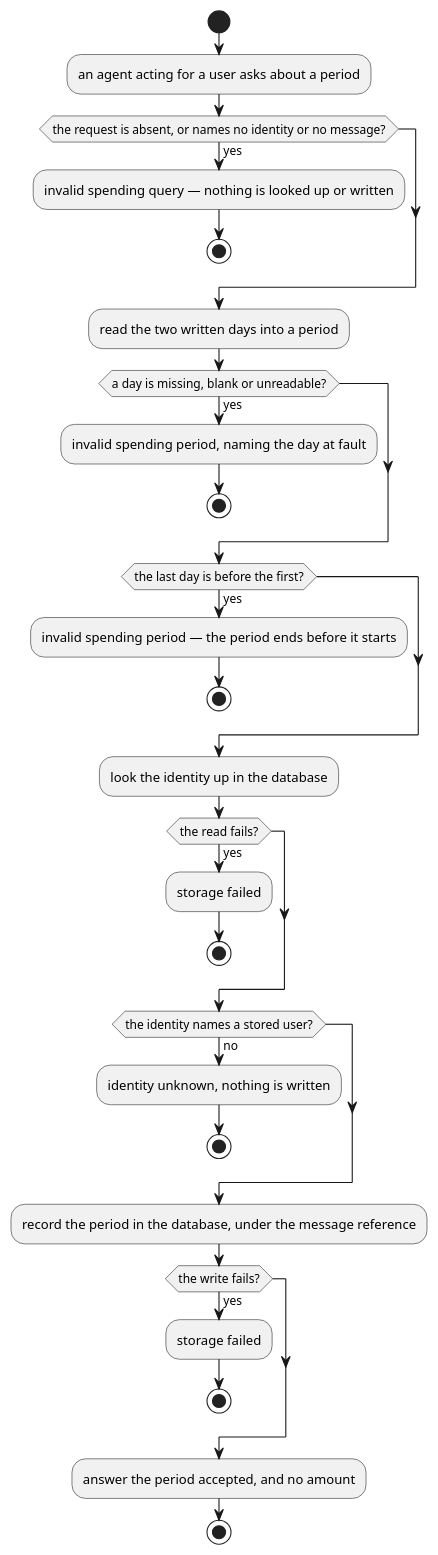
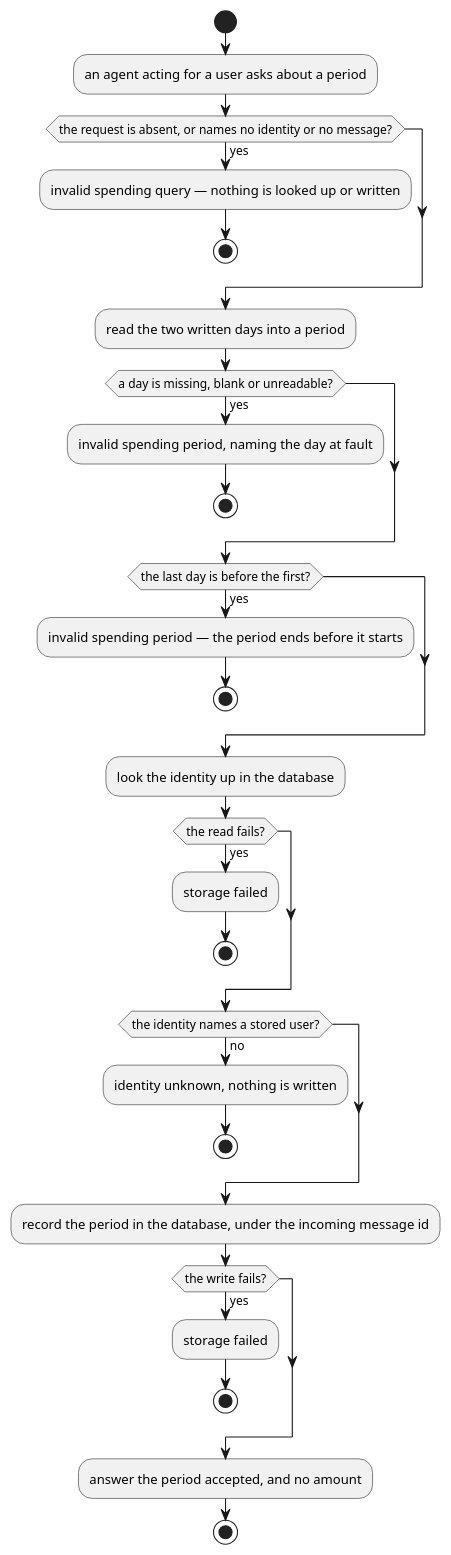
Before and after one commit to ds-usova/finance-bot: the second of 2 diagrams in ledger-service/docs/usecases/summarize-spending.md, drawn with PlantUML. The commit also changed other lines of this file and 24 other files, not shown here.

````diff
--- a/ledger-service/docs/usecases/summarize-spending.md
+++ b/ledger-service/docs/usecases/summarize-spending.md
@@ -94,35 +94,35 @@
 ```plantuml
 @startuml SummarizeSpending-Activity
 start
 :an agent acting for a user asks about a period;
 if (the request is absent, or names no identity or no message?) then (yes)
   :invalid spending query — nothing is looked up or written;
   stop
 endif
 :read the two written days into a period;
 if (a day is missing, blank or unreadable?) then (yes)
   :invalid spending period, naming the day at fault;
   stop
 endif
 if (the last day is before the first?) then (yes)
   :invalid spending period — the period ends before it starts;
   stop
 endif
 :look the identity up in the database;
 if (the read fails?) then (yes)
   :storage failed;
   stop
 endif
 if (the identity names a stored user?) then (no)
   :identity unknown, nothing is written;
   stop
 endif
-:record the period in the database, under the message reference;
+:record the period in the database, under the incoming message id;
 if (the write fails?) then (yes)
   :storage failed;
   stop
 endif
 :answer the period accepted, and no amount;
 stop
 @enduml
 ```
````
